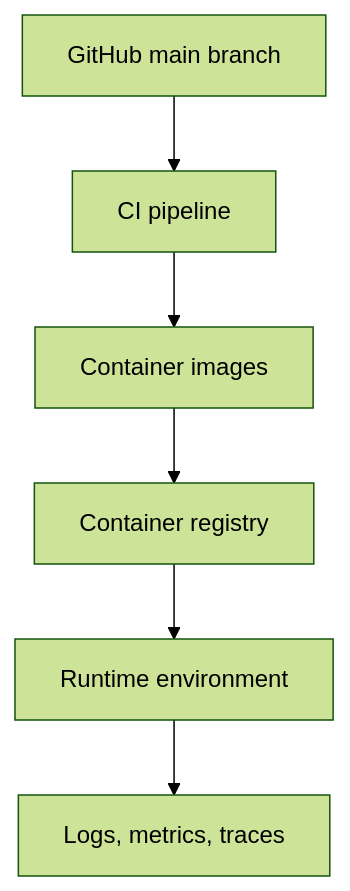
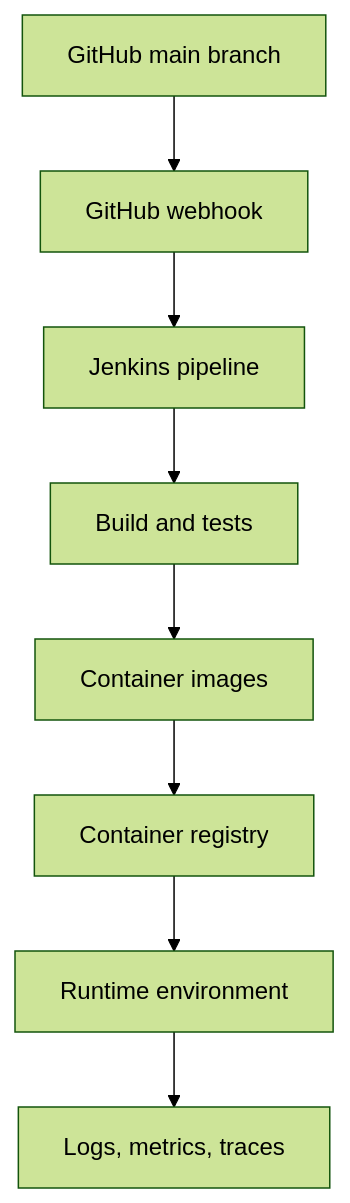
One commit to kisshere69/microservices changed the fourth of 4 diagrams in FINAL_PROJECT_DESIGN.md. Above: the diagram before and after it, drawn with Mermaid (forest theme). The commit also changed other lines of this file and 16 other files, not shown here.

````diff
--- a/FINAL_PROJECT_DESIGN.md
+++ b/FINAL_PROJECT_DESIGN.md
@@ -164,15 +198,19 @@
 ```mermaid
 flowchart TD
     repo["GitHub main branch"]
-    ci["CI pipeline"]
+    webhook["GitHub webhook"]
+    jenkins["Jenkins pipeline"]
+    test["Build and tests"]
     image["Container images"]
     registry["Container registry"]
     env["Runtime environment"]
     obs["Logs, metrics, traces"]
 
-    repo --> ci
-    ci --> image
+    repo --> webhook
+    webhook --> jenkins
+    jenkins --> test
+    test --> image
     image --> registry
     registry --> env
     env --> obs
 ```
````
